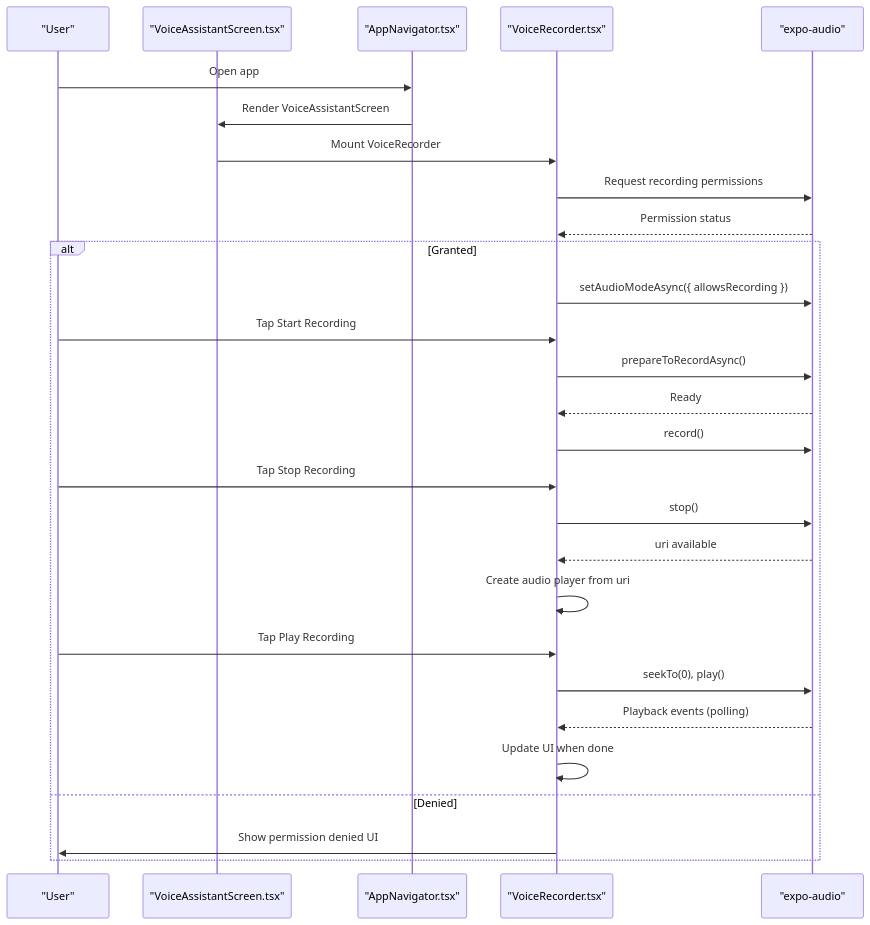
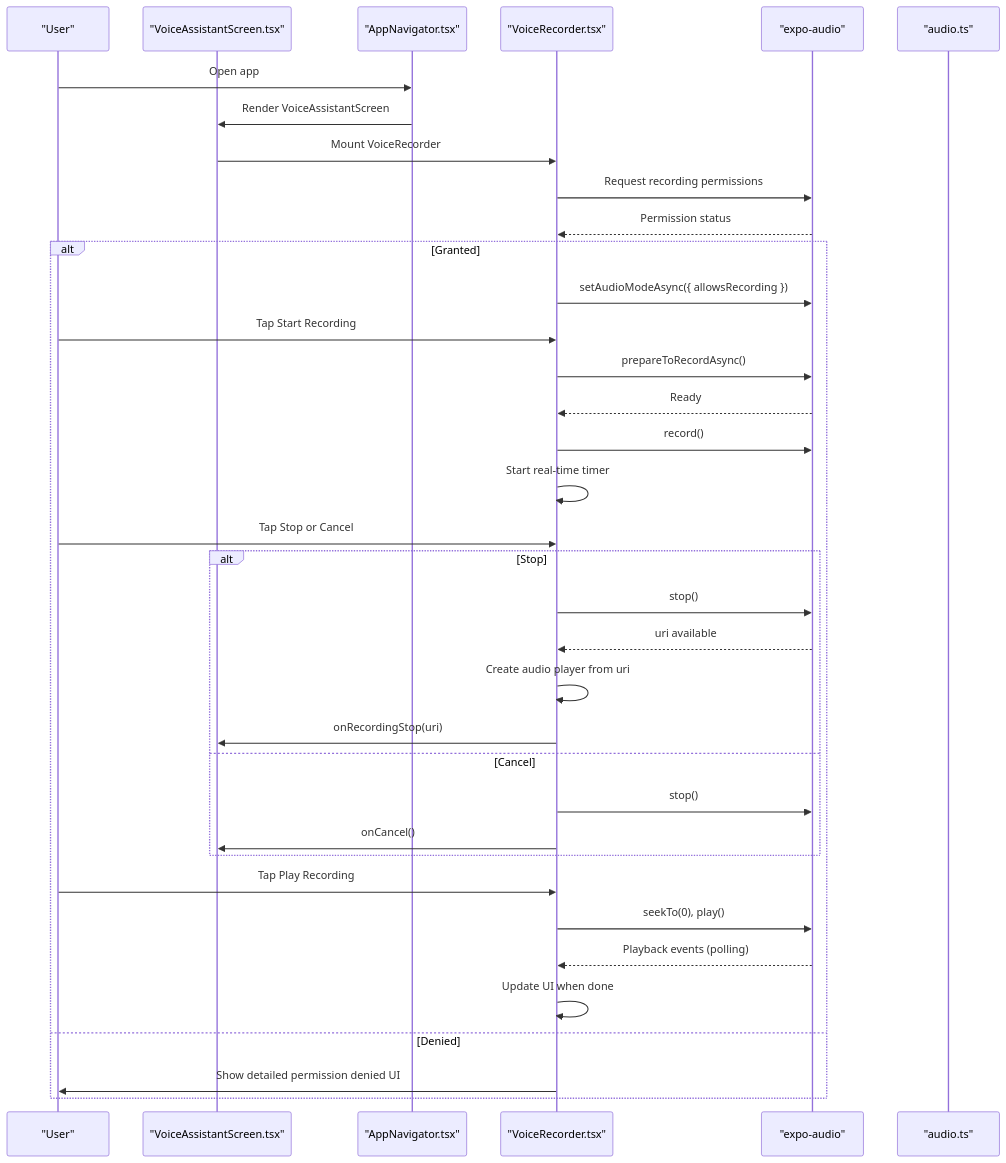
The second of 6 diagrams in .qoder/repowiki/en/content/Voice Assistant Feature/Voice Recorder Component.md (Aiman-Naeem/KisaanDost_AI_hackathon_Pakistan), drawn with Mermaid before and after one commit. The commit also changed other lines of this file and 42 other files, not shown here.

````diff
--- a/.qoder/repowiki/en/content/Voice Assistant Feature/Voice Recorder Component.md
+++ b/.qoder/repowiki/en/content/Voice Assistant Feature/Voice Recorder Component.md
@@ -82,30 +105,38 @@
 ```mermaid
 sequenceDiagram
 participant User as "User"
 participant Screen as "VoiceAssistantScreen.tsx"
 participant Nav as "AppNavigator.tsx"
 participant Comp as "VoiceRecorder.tsx"
 participant Audio as "expo-audio"
+participant Utils as "audio.ts"
 User->>Nav : Open app
 Nav->>Screen : Render VoiceAssistantScreen
 Screen->>Comp : Mount VoiceRecorder
 Comp->>Audio : Request recording permissions
 Audio-->>Comp : Permission status
 alt Granted
 Comp->>Audio : setAudioModeAsync({ allowsRecording })
 User->>Comp : Tap Start Recording
 Comp->>Audio : prepareToRecordAsync()
 Audio-->>Comp : Ready
 Comp->>Audio : record()
-User->>Comp : Tap Stop Recording
+Comp->>Comp : Start real-time timer
+User->>Comp : Tap Stop or Cancel
+alt Stop
 Comp->>Audio : stop()
 Audio-->>Comp : uri available
 Comp->>Comp : Create audio player from uri
+Comp->>Screen : onRecordingStop(uri)
+else Cancel
+Comp->>Audio : stop()
+Comp->>Screen : onCancel()
+end
 User->>Comp : Tap Play Recording
 Comp->>Audio : seekTo(0), play()
 Audio-->>Comp : Playback events (polling)
 Comp->>Comp : Update UI when done
 else Denied
-Comp->>User : Show permission denied UI
+Comp->>User : Show detailed permission denied UI
 end
 ```
````
